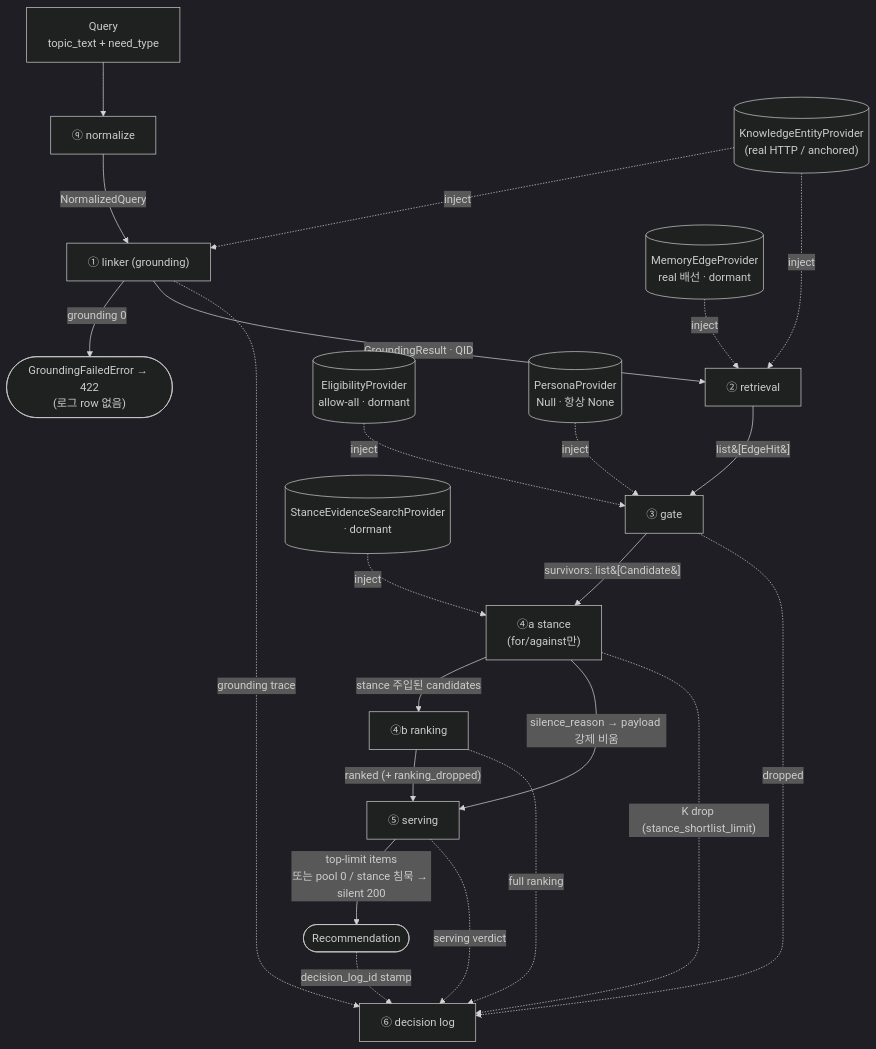
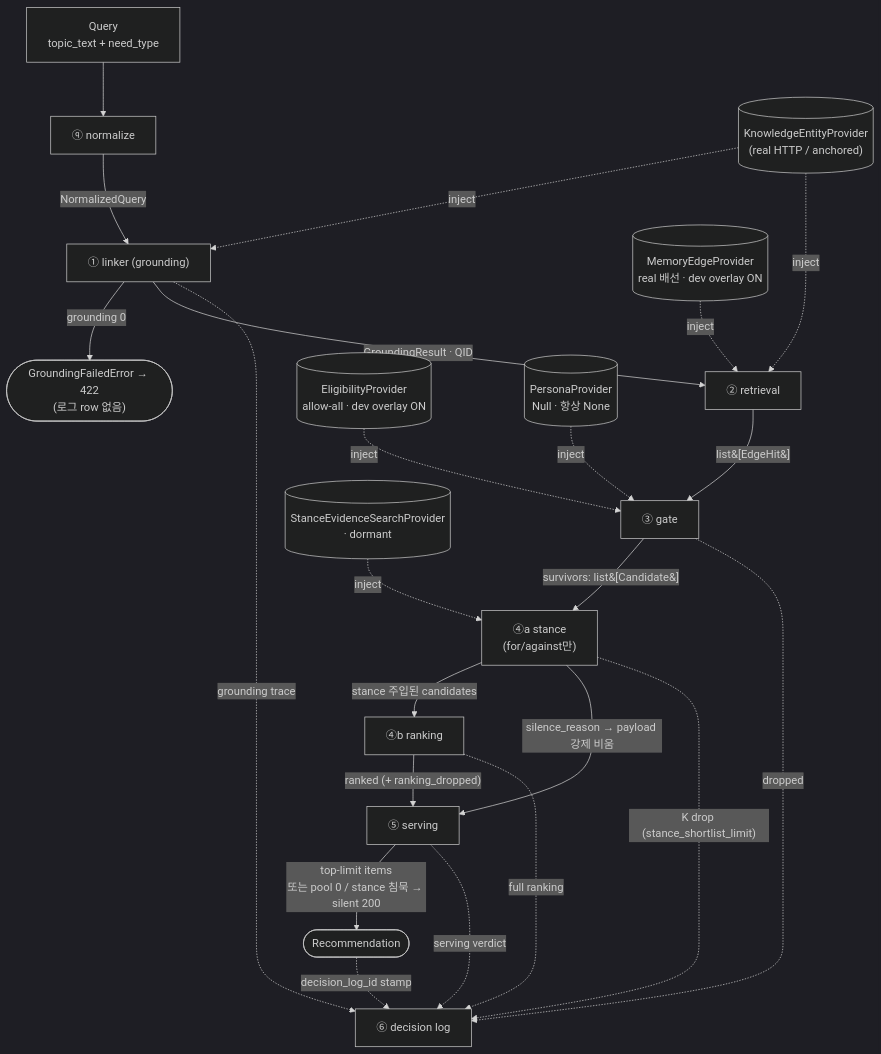
One commit to Henry-XinobiAI/Agent-Discovery-Planning changed the diagram in impl/README.md. Above: the diagram before and after it, drawn with Mermaid (dark theme). The commit also changed other lines of this file and 4 other files, not shown here.

````diff
--- a/impl/README.md
+++ b/impl/README.md
@@ -63,27 +63,27 @@
 ```mermaid
 flowchart TD
     Q["Query<br/>topic_text + need_type"] --> N["ⓠ normalize"]
     N -->|NormalizedQuery| L["① linker (grounding)"]
     L -->|"grounding 0"| E422(["GroundingFailedError → 422<br/>(로그 row 없음)"])
     L -->|"GroundingResult · QID"| R["② retrieval"]
     R -->|"list&#91;EdgeHit&#93;"| G["③ gate"]
     G -->|"survivors: list&#91;Candidate&#93;"| ST["④a stance<br/>(for/against만)"]
     ST -->|"stance 주입된 candidates"| RK["④b ranking"]
     ST -->|"silence_reason → payload 강제 비움"| SV
     RK -->|"ranked (+ ranking_dropped)"| SV["⑤ serving"]
     SV -->|"top-limit items<br/>또는 pool 0 / stance 침묵 → silent 200"| REC(["Recommendation"])
 
     G -. dropped .-> DL["⑥ decision log"]
     L -. grounding trace .-> DL
     ST -. "K drop (stance_shortlist_limit)" .-> DL
     RK -. full ranking .-> DL
     SV -. serving verdict .-> DL
     REC -. decision_log_id stamp .-> DL
 
     KP[("KnowledgeEntityProvider<br/>(real HTTP / anchored)")] -. inject .-> L
     KP -. inject .-> R
-    EP[("MemoryEdgeProvider<br/>real 배선 · dormant")] -. inject .-> R
-    ELP[("EligibilityProvider<br/>allow-all · dormant")] -. inject .-> G
+    EP[("MemoryEdgeProvider<br/>real 배선 · dev overlay ON")] -. inject .-> R
+    ELP[("EligibilityProvider<br/>allow-all · dev overlay ON")] -. inject .-> G
     PP[("PersonaProvider<br/>Null · 항상 None")] -. inject .-> G
     SP[("StanceEvidenceSearchProvider<br/>· dormant")] -. inject .-> ST
 ```
````
